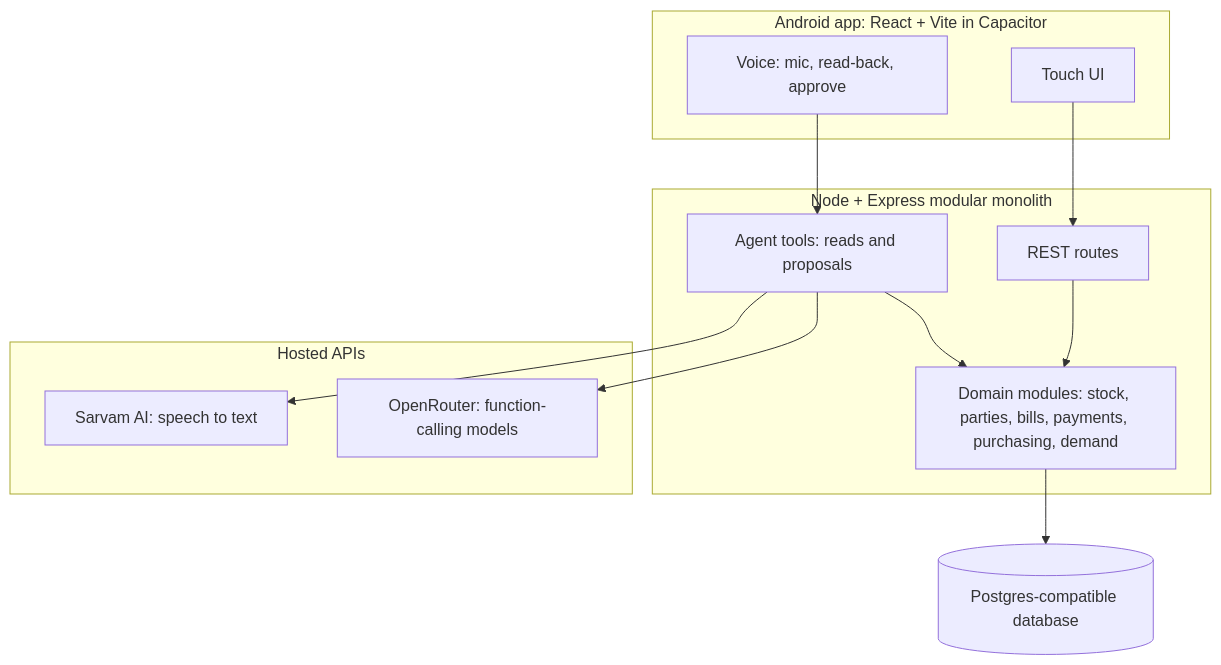
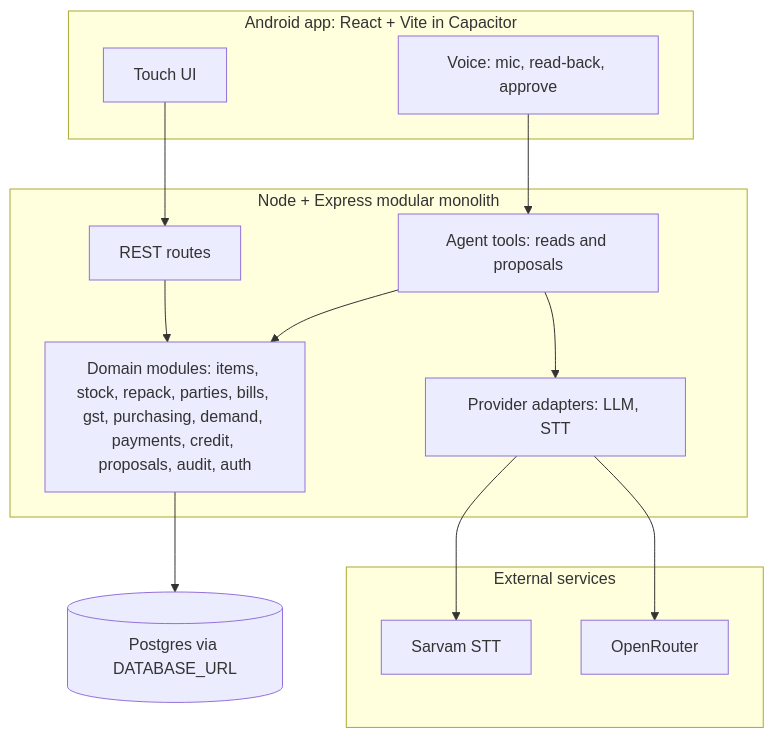
The diagram in docs/architecture.md (bvsaisujith/sauda), drawn with Mermaid before and after one commit. The commit also changed other lines of this file and 5 other files, not shown here.

Commit message:
Define 29 Nov demo and 15 Dec V1 gates with GST, repack and voice scope

````diff
--- a/docs/architecture.md
+++ b/docs/architecture.md
@@ -7,24 +7,26 @@
 ```mermaid
 flowchart TD
     subgraph App[Android app: React + Vite in Capacitor]
         T[Touch UI]
         V[Voice: mic, read-back, approve]
     end
     subgraph Server[Node + Express modular monolith]
         R[REST routes]
         A[Agent tools: reads and proposals]
-        S[Domain modules: stock, parties, bills, payments, purchasing, demand]
+        P[Provider adapters: LLM, STT]
+        M[Domain modules: items, stock, repack, parties, bills, gst, purchasing, demand, payments, credit, proposals, audit, auth]
     end
-    subgraph Hosted[Hosted APIs]
-        SA[Sarvam AI: speech to text]
-        OR[OpenRouter: function-calling models]
+    subgraph Outside[External services]
+        SA[Sarvam STT]
+        OR[OpenRouter]
     end
-    DB[(Postgres-compatible database)]
+    DB[(Postgres via DATABASE_URL)]
     T --> R
     V --> A
-    R --> S
-    A --> S
-    A --> SA
-    A --> OR
-    S --> DB
+    R --> M
+    A --> M
+    A --> P
+    P --> SA
+    P --> OR
+    M --> DB
 ```
````
